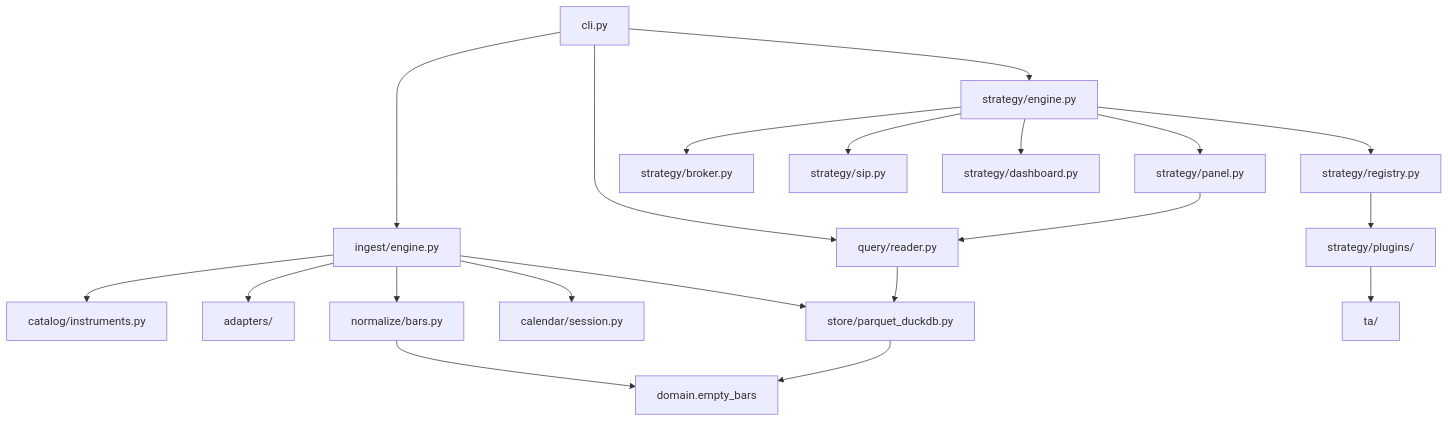
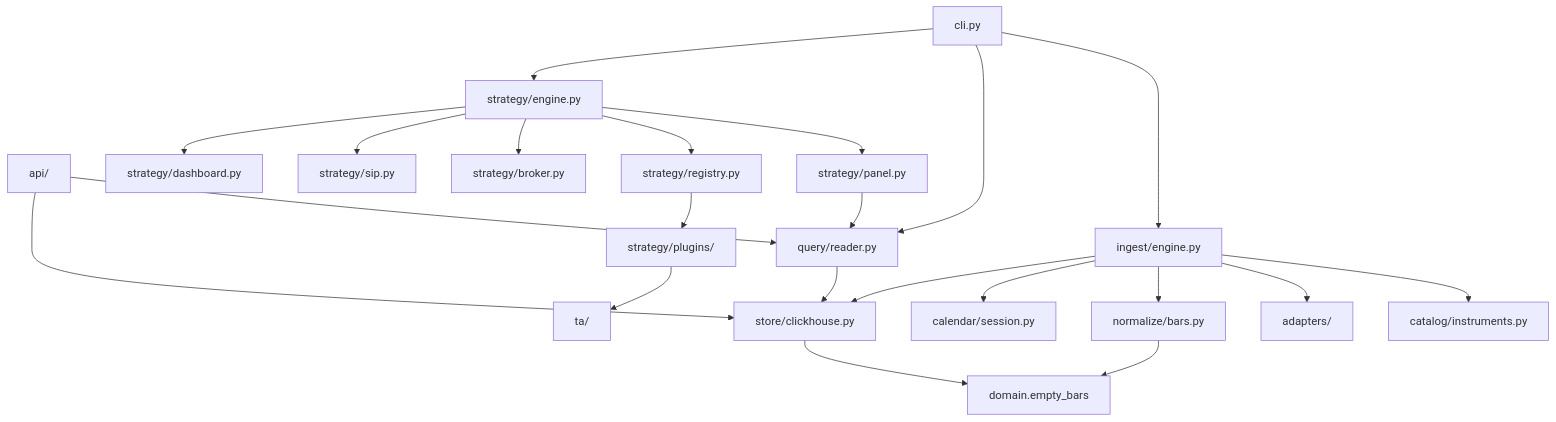
One commit to shanejms2/backtester changed the diagram in docs/CODEBASE_MAP.md. Above: the diagram before and after it, drawn with Mermaid. The commit also changed other lines of this file and 18 other files, not shown here.

First line of the commit message:
Accrue T-bill cash by calendar days and drop the unused Parquet store.

````diff
--- a/docs/CODEBASE_MAP.md
+++ b/docs/CODEBASE_MAP.md
@@ -40,22 +43,24 @@
 ```mermaid
 flowchart TD
   cli["cli.py"] --> ingest["ingest/engine.py"]
   cli --> reader["query/reader.py"]
   cli --> engine["strategy/engine.py"]
+  api["api/"] --> reader
+  api --> store
   ingest --> catalog["catalog/instruments.py"]
   ingest --> adapters["adapters/"]
   ingest --> normalize["normalize/bars.py"]
   ingest --> calendar["calendar/session.py"]
-  ingest --> store["store/parquet_duckdb.py"]
+  ingest --> store["store/clickhouse.py"]
   normalize --> domain["domain.empty_bars"]
   store --> domain
   reader --> store
   engine --> panel["strategy/panel.py"]
   engine --> registry["strategy/registry.py"]
   engine --> broker["strategy/broker.py"]
   engine --> sip["strategy/sip.py"]
   panel --> reader
   registry --> plugins["strategy/plugins/"]
   plugins --> ta["ta/"]
   engine --> dashboard["strategy/dashboard.py"]
 ```
````
